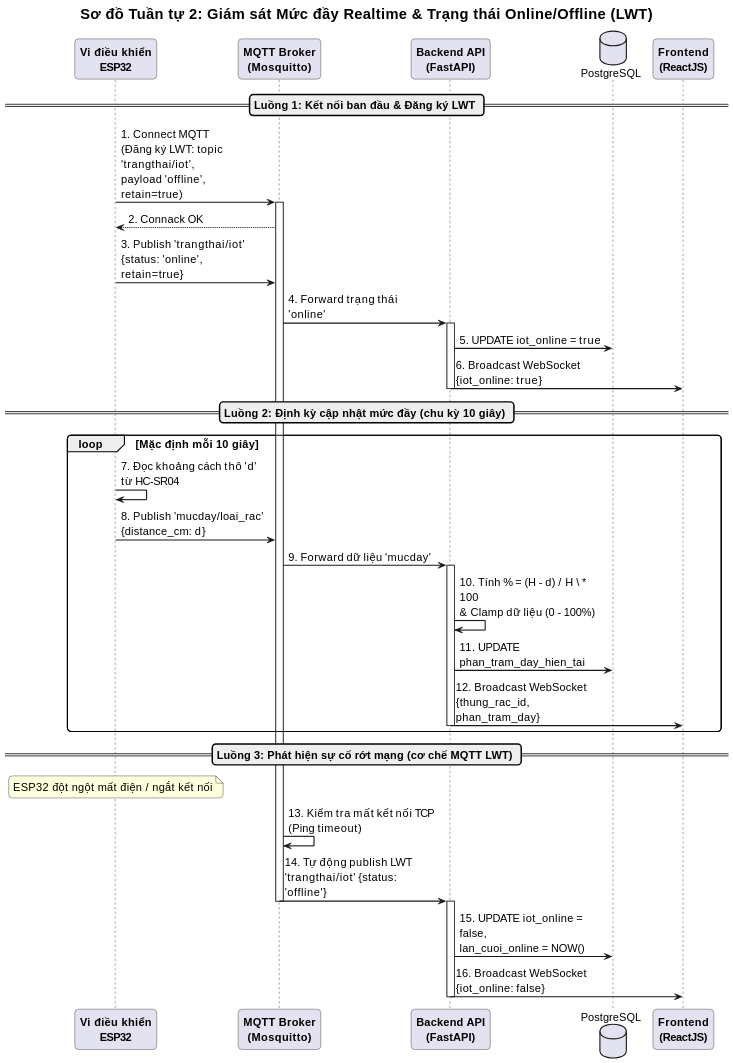
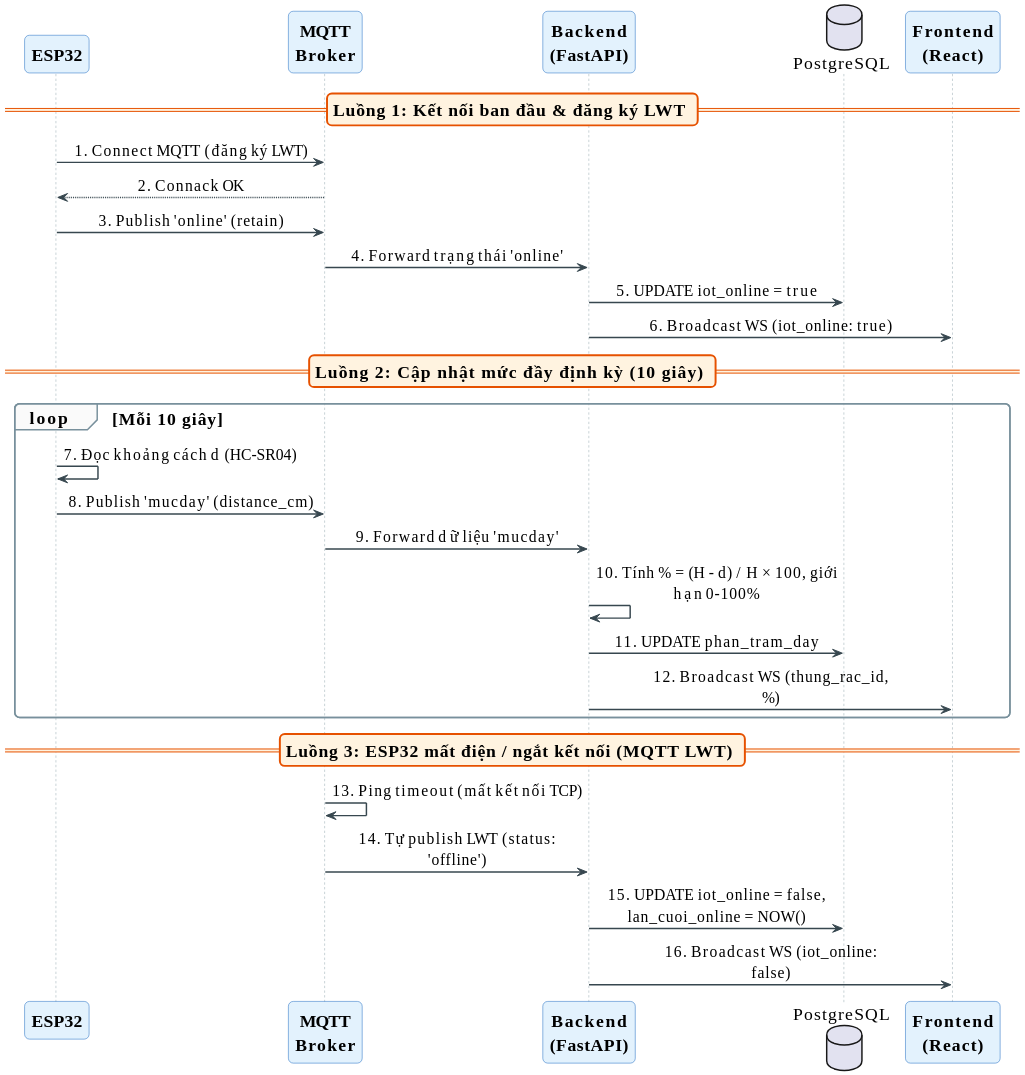
The diagram in DOCS/SoDoKienTruc/2.5.2.md (NguyenTAnh2005/Do-An-Mon-Hoc), drawn with PlantUML before and after one commit. The commit also changed 8 other files, not shown here.

```diff
--- a/DOCS/SoDoKienTruc/2.5.2.md
+++ b/DOCS/SoDoKienTruc/2.5.2.md
@@ -1,53 +1,53 @@
 @startuml
-skinparam dpi 150
-skinparam defaultFontName Arial
-skinparam defaultFontSize 15
+skinparam dpi 200
+skinparam defaultFontName "Times New Roman"
+skinparam defaultFontSize 18
+skinparam ArrowFontSize 16
 skinparam shadowing false
 skinparam roundcorner 10
-skinparam maxMessageSize 200
+skinparam maxMessageSize 260
+skinparam SequenceMessageAlign center
 skinparam sequenceArrowThickness 1.5
 skinparam ParticipantFontStyle bold
-skinparam TitleFontSize 20
+skinparam sequence {
+ArrowColor #37474F
+LifeLineBorderColor #90A4AE
+ParticipantBackgroundColor #E3F2FD
+ParticipantBorderColor #1565C0
+DatabaseBackgroundColor #E3F2FD
+GroupBackgroundColor #FAFAFA
+GroupBorderColor #78909C
+DividerBackgroundColor #FFF3E0
+DividerBorderColor #E65100
+}
 
-title Sơ đồ Tuần tự 2: Giám sát Mức đầy Realtime & Trạng thái Online/Offline (LWT)
+participant "ESP32" as ESP
+participant "MQTT\nBroker" as Broker
+participant "Backend\n(FastAPI)" as Web
+database "PostgreSQL" as DB
+participant "Frontend\n(React)" as FE
 
-participant "Vi điều khiển\nESP32" as ESP
-participant "MQTT Broker\n(Mosquitto)" as Broker
-participant "Backend API\n(FastAPI)" as Web
-database "PostgreSQL" as DB
-participant "Frontend\n(ReactJS)" as FE
+== Luồng 1: Kết nối ban đầu & đăng ký LWT ==
+ESP -> Broker: 1. Connect MQTT (đăng ký LWT)
+Broker --> ESP: 2. Connack OK
+ESP -> Broker: 3. Publish 'online' (retain)
+Broker -> Web: 4. Forward trạng thái 'online'
+Web -> DB: 5. UPDATE iot_online = true
+Web -> FE: 6. Broadcast WS (iot_online: true)
 
-== Luồng 1: Kết nối ban đầu & Đăng ký LWT ==
-ESP -> Broker: 1. Connect MQTT\n(Đăng ký LWT: topic 'trangthai/iot',\npayload 'offline', retain=true)
-activate Broker
-Broker --> ESP: 2. Connack OK
-ESP -> Broker: 3. Publish 'trangthai/iot'\n{status: 'online', retain=true}
-Broker -> Web: 4. Forward trạng thái 'online'
-activate Web
-Web -> DB: 5. UPDATE iot_online = true
-Web -> FE: 6. Broadcast WebSocket\n{iot_online: true}
-deactivate Web
-
-== Luồng 2: Định kỳ cập nhật mức đầy (chu kỳ 10 giây) ==
-loop Mặc định mỗi 10 giây
-ESP -> ESP: 7. Đọc khoảng cách thô 'd'\ntừ HC-SR04
-ESP -> Broker: 8. Publish 'mucday/loai_rac'\n{distance_cm: d}
+== Luồng 2: Cập nhật mức đầy định kỳ (10 giây) ==
+loop Mỗi 10 giây
+ESP -> ESP: 7. Đọc khoảng cách d (HC-SR04)
+ESP -> Broker: 8. Publish 'mucday' (distance_cm)
 Broker -> Web: 9. Forward dữ liệu 'mucday'
-activate Web
-Web -> Web: 10. Tính % = (H - d) / H \* 100\n& Clamp dữ liệu (0 - 100%)
-Web -> DB: 11. UPDATE phan_tram_day_hien_tai
-Web -> FE: 12. Broadcast WebSocket\n{thung_rac_id, phan_tram_day}
-deactivate Web
+Web -> Web: 10. Tính % = (H - d) / H × 100, giới hạn 0-100%
+Web -> DB: 11. UPDATE phan_tram_day
+Web -> FE: 12. Broadcast WS (thung_rac_id, %)
 end
 
-== Luồng 3: Phát hiện sự cố rớt mạng (cơ chế MQTT LWT) ==
-note over ESP: ESP32 đột ngột mất điện / ngắt kết nối
-Broker -> Broker: 13. Kiểm tra mất kết nối TCP\n(Ping timeout)
-Broker -> Web: 14. Tự động publish LWT\n'trangthai/iot' {status: 'offline'}
-deactivate Broker
-activate Web
-Web -> DB: 15. UPDATE iot_online = false,\nlan_cuoi_online = NOW()
-Web -> FE: 16. Broadcast WebSocket\n{iot_online: false}
-deactivate Web
-
+== Luồng 3: ESP32 mất điện / ngắt kết nối (MQTT LWT) ==
+Broker -> Broker: 13. Ping timeout (mất kết nối TCP)
+Broker -> Web: 14. Tự publish LWT (status: 'offline')
+Web -> DB: 15. UPDATE iot_online = false, lan_cuoi_online = NOW()
+Web -> FE: 16. Broadcast WS (iot_online: false)
 @enduml
```
